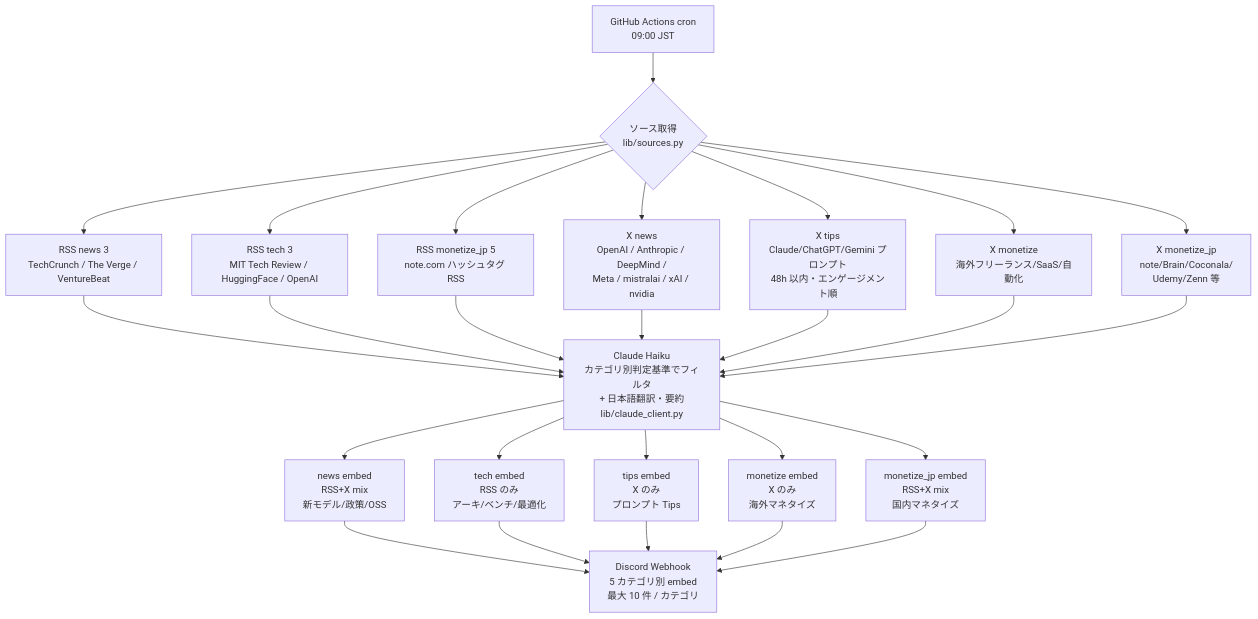
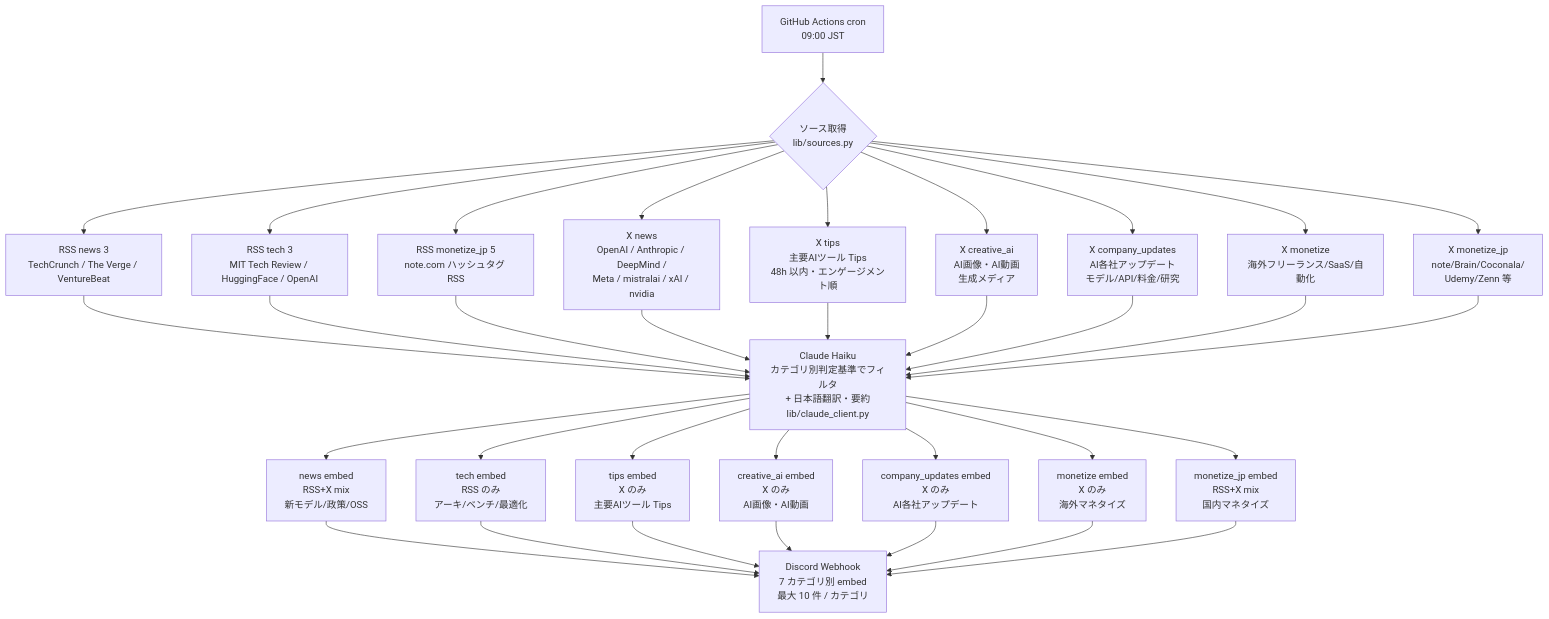
Before and after one commit to tanasato118/captain-hook-ai-daily: the diagram in README.md, drawn with Mermaid. The commit also changed other lines of this file and 5 other files, not shown here.

````diff
--- a/README.md
+++ b/README.md
@@ -76,28 +82,36 @@
 ```mermaid
 flowchart TD
     A[GitHub Actions cron<br/>09:00 JST] --> B{ソース取得<br/>lib/sources.py}
     B --> C1[RSS news 3<br/>TechCrunch / The Verge / VentureBeat]
     B --> C2[RSS tech 3<br/>MIT Tech Review / HuggingFace / OpenAI]
     B --> C3[RSS monetize_jp 5<br/>note.com ハッシュタグ RSS]
     B --> D1[X news<br/>OpenAI / Anthropic / DeepMind /<br/>Meta / mistralai / xAI / nvidia]
-    B --> D2[X tips<br/>Claude/ChatGPT/Gemini プロンプト<br/>48h 以内・エンゲージメント順]
-    B --> D3[X monetize<br/>海外フリーランス/SaaS/自動化]
-    B --> D4[X monetize_jp<br/>note/Brain/Coconala/<br/>Udemy/Zenn 等]
+    B --> D2[X tips<br/>主要AIツール Tips<br/>48h 以内・エンゲージメント順]
+    B --> D3[X creative_ai<br/>AI画像・AI動画<br/>生成メディア]
+    B --> D4[X company_updates<br/>AI各社アップデート<br/>モデル/API/料金/研究]
+    B --> D5[X monetize<br/>海外フリーランス/SaaS/自動化]
+    B --> D6[X monetize_jp<br/>note/Brain/Coconala/<br/>Udemy/Zenn 等]
     C1 --> E[Claude Haiku<br/>カテゴリ別判定基準でフィルタ<br/>+ 日本語翻訳・要約<br/>lib/claude_client.py]
     C2 --> E
     C3 --> E
     D1 --> E
     D2 --> E
     D3 --> E
     D4 --> E
+    D5 --> E
+    D6 --> E
     E --> F1[news embed<br/>RSS+X mix<br/>新モデル/政策/OSS]
     E --> F2[tech embed<br/>RSS のみ<br/>アーキ/ベンチ/最適化]
-    E --> F3[tips embed<br/>X のみ<br/>プロンプト Tips]
-    E --> F4[monetize embed<br/>X のみ<br/>海外マネタイズ]
-    E --> F5[monetize_jp embed<br/>RSS+X mix<br/>国内マネタイズ]
-    F1 --> G[Discord Webhook<br/>5 カテゴリ別 embed<br/>最大 10 件 / カテゴリ]
+    E --> F3[tips embed<br/>X のみ<br/>主要AIツール Tips]
+    E --> F4[creative_ai embed<br/>X のみ<br/>AI画像・AI動画]
+    E --> F5[company_updates embed<br/>X のみ<br/>AI各社アップデート]
+    E --> F6[monetize embed<br/>X のみ<br/>海外マネタイズ]
+    E --> F7[monetize_jp embed<br/>RSS+X mix<br/>国内マネタイズ]
+    F1 --> G[Discord Webhook<br/>7 カテゴリ別 embed<br/>最大 10 件 / カテゴリ]
     F2 --> G
     F3 --> G
     F4 --> G
     F5 --> G
+    F6 --> G
+    F7 --> G
 ```
````
